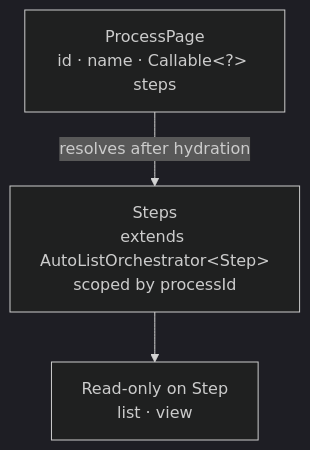
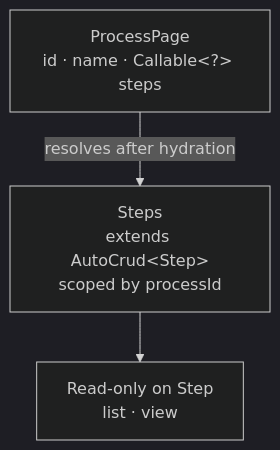
The diagram in doc/src/content/docs/java-user-manual/build/master-detail.md (miguelperezcolom/mateu), drawn with Mermaid (dark theme) before and after one commit. The commit also changed other lines of this file and 126 other files, not shown here.

````diff
--- a/doc/src/content/docs/java-user-manual/build/master-detail.md
+++ b/doc/src/content/docs/java-user-manual/build/master-detail.md
@@ -105,6 +105,6 @@
 ```mermaid
 flowchart TD
     P["ProcessPage\nid · name · Callable&lt;?&gt; steps"]
-    P -->|resolves after hydration| S["Steps\nextends AutoListOrchestrator&lt;Step&gt;\nscoped by processId"]
+    P -->|resolves after hydration| S["Steps\nextends AutoCrud&lt;Step&gt;\nscoped by processId"]
     S --> CR["Read-only on Step\nlist · view"]
 ```
````
